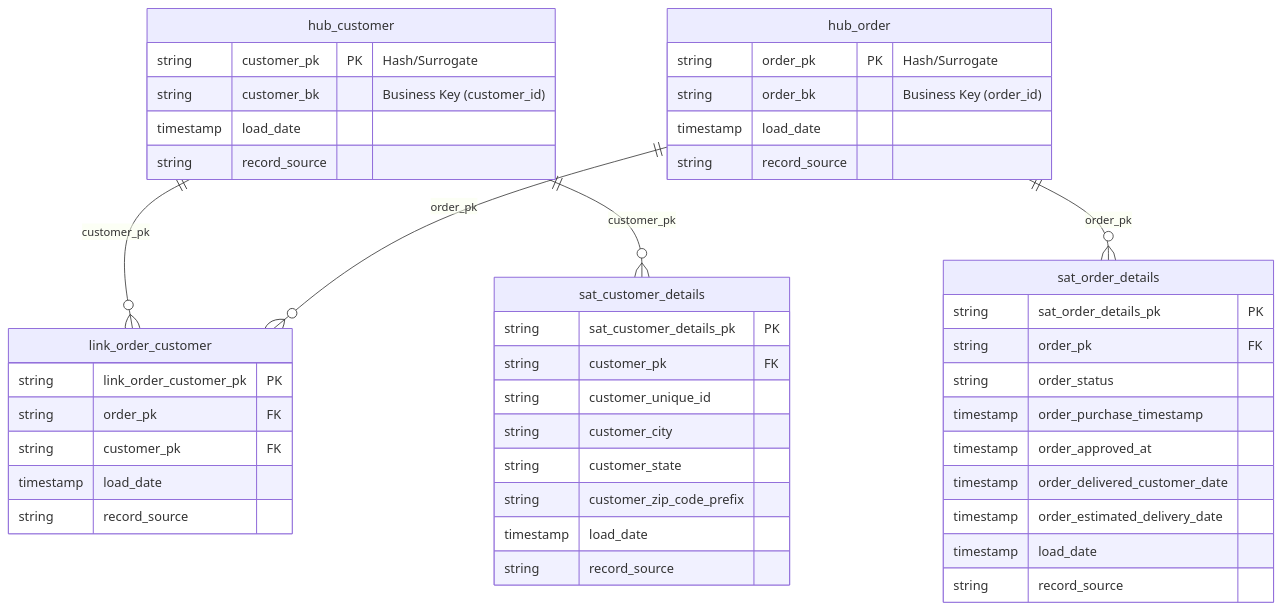
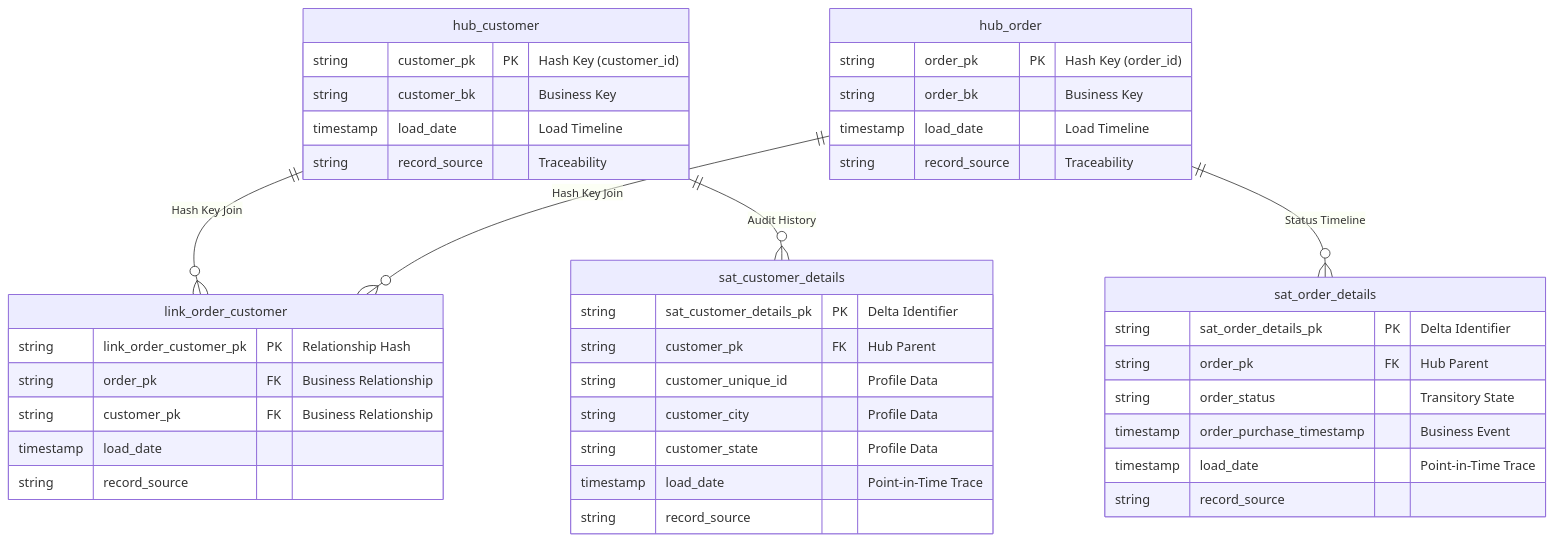
Before and after one commit to 26-jorge-01/analytics-modeling-lab: the diagram in docs/diagrams/datavault.mmd, drawn with Mermaid. The commit also changed 4 other files, not shown here.

```diff
--- a/docs/diagrams/datavault.mmd
+++ b/docs/diagrams/datavault.mmd
@@ -1,58 +1,55 @@
 erDiagram
     %% =======================================================
     %% Data Vault 2.0: Enterprise Historical Backbone
     %% =======================================================
-    %% Motivation:
-    %% 1. Auditability: Captures every change in source data without loss.
-    %% 2. Scalability: Decouples business keys (Hubs) from relationships (Links).
-    %% =======================================================
 
-    hub_customer ||--o{ link_order_customer : "customer_pk"
-    hub_order ||--o{ link_order_customer : "order_pk"
-    hub_customer ||--o{ sat_customer_details : "customer_pk"
-    hub_order ||--o{ sat_order_details : "order_pk"
+    hub_customer ||--o{ link_order_customer : "Hash Key Join"
+    hub_order ||--o{ link_order_customer : "Hash Key Join"
+    hub_customer ||--o{ sat_customer_details : "Audit History"
+    hub_order ||--o{ sat_order_details : "Status Timeline"
 
     hub_customer {
-        string customer_pk PK "Hash/Surrogate"
-        string customer_bk "Business Key (customer_id)"
-        timestamp load_date
-        string record_source
+        string customer_pk PK "Hash Key (customer_id)"
+        string customer_bk "Business Key"
+        timestamp load_date "Load Timeline"
+        string record_source "Traceability"
     }
 
     hub_order {
-        string order_pk PK "Hash/Surrogate"
-        string order_bk "Business Key (order_id)"
-        timestamp load_date
-        string record_source
+        string order_pk PK "Hash Key (order_id)"
+        string order_bk "Business Key"
+        timestamp load_date "Load Timeline"
+        string record_source "Traceability"
     }
 
     link_order_customer {
-        string link_order_customer_pk PK
-        string order_pk FK
-        string customer_pk FK
+        string link_order_customer_pk PK "Relationship Hash"
+        string order_pk FK "Business Relationship"
+        string customer_pk FK "Business Relationship"
         timestamp load_date
         string record_source
     }
 
     sat_customer_details {
-        string sat_customer_details_pk PK
-        string customer_pk FK
-        string customer_unique_id
-        string customer_city
-        string customer_state
-        string customer_zip_code_prefix
-        timestamp load_date
+        string sat_customer_details_pk PK "Delta Identifier"
+        string customer_pk FK "Hub Parent"
+        string customer_unique_id "Profile Data"
+        string customer_city "Profile Data"
+        string customer_state "Profile Data"
+        timestamp load_date "Point-in-Time Trace"
         string record_source
     }
 
     sat_order_details {
-        string sat_order_details_pk PK
-        string order_pk FK
-        string order_status
-        timestamp order_purchase_timestamp
-        timestamp order_approved_at
-        timestamp order_delivered_customer_date
-        timestamp order_estimated_delivery_date
-        timestamp load_date
+        string sat_order_details_pk PK "Delta Identifier"
+        string order_pk FK "Hub Parent"
+        string order_status "Transitory State"
+        timestamp order_purchase_timestamp "Business Event"
+        timestamp load_date "Point-in-Time Trace"
         string record_source
     }
+
+    %% Note for recruiters: 
+    %% Data Vault was chosen for full auditability and 
+    %% ability to reconstruct historical states at any 
+    %% point without altering the schema (Insert-Only).
```
